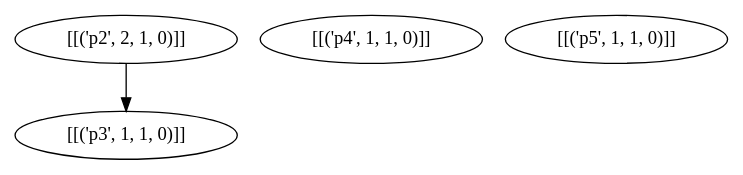
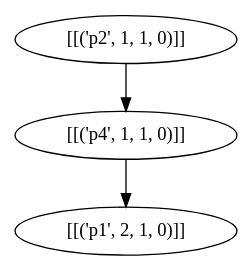
Before and after one commit to XushengLuo92/Hierarchical-LTL: the diagram in task_network.dot, drawn with Graphviz. The commit also changed 56 other files, not shown here.

```diff
--- a/task_network.dot
+++ b/task_network.dot
@@ -1,9 +1,9 @@
 strict digraph "" {
-	graph [task=man];
+	graph [task=nav];
 	node [label="\N"];
-	"('p100', 1)"	[label="[[('p2', 2, 1, 0)]]"];
-	"('p100', 2)"	[label="[[('p3', 1, 1, 0)]]"];
+	"('p0', 2)"	[label="[[('p1', 2, 1, 0)]]"];
+	"('p100', 1)"	[label="[[('p2', 1, 1, 0)]]"];
+	"('p100', 2)"	[label="[[('p4', 1, 1, 0)]]"];
 	"('p100', 1)" -> "('p100', 2)";
-	"('p200', 1)"	[label="[[('p4', 1, 1, 0)]]"];
-	"('p300', 1)"	[label="[[('p5', 1, 1, 0)]]"];
+	"('p100', 2)" -> "('p0', 2)";
 }
```
